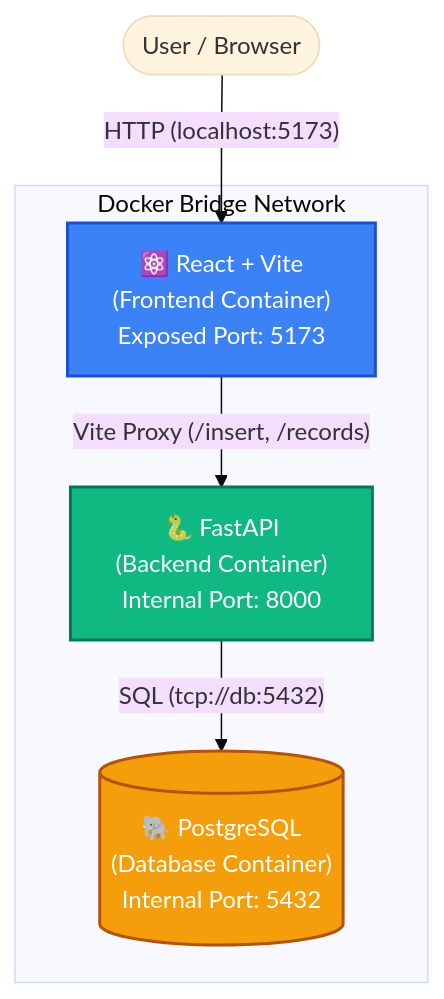
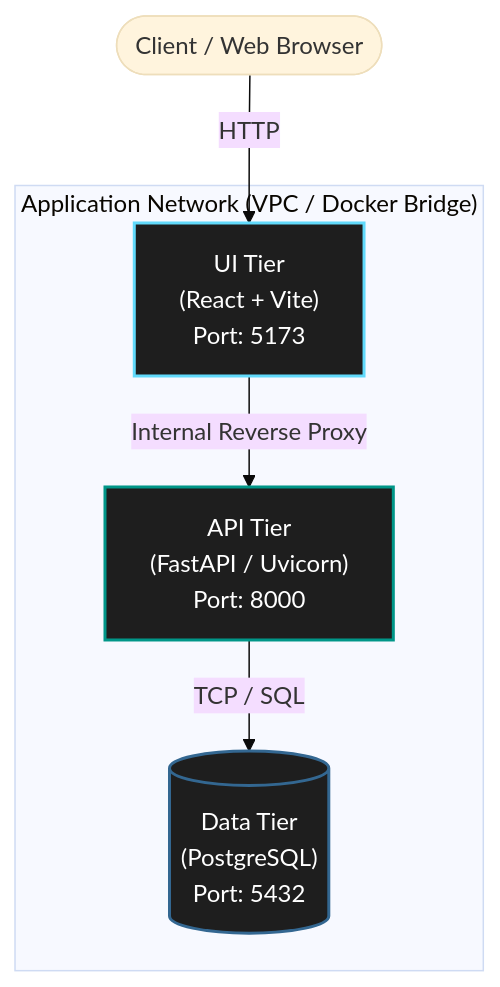
The diagram in README.md (umair363/Fargate-docker-deployment), drawn with Mermaid (base theme) before and after one commit. The commit also changed other lines of this file, not shown here.

````diff
--- a/README.md
+++ b/README.md
@@ -9,24 +17,24 @@
 ```mermaid
 graph TD
-    User([User / Browser])
+    Client([Client / Web Browser])
     
-    subgraph "Docker Bridge Network"
-        Frontend["⚛️ React + Vite<br/>(Frontend Container)<br/>Exposed Port: 5173"]
-        Backend["🐍 FastAPI<br/>(Backend Container)<br/>Internal Port: 8000"]
-        DB[("🐘 PostgreSQL<br/>(Database Container)<br/>Internal Port: 5432")]
+    subgraph "Application Network (VPC / Docker Bridge)"
+        Frontend["UI Tier<br/>(React + Vite)<br/>Port: 5173"]
+        Backend["API Tier<br/>(FastAPI / Uvicorn)<br/>Port: 8000"]
+        DB[("Data Tier<br/>(PostgreSQL)<br/>Port: 5432")]
     end
     
-    %% Connections
-    User -- "HTTP (localhost:5173)" --> Frontend
-    Frontend -- "Vite Proxy (/insert, /records)" --> Backend
-    Backend -- "SQL (tcp://db:5432)" --> DB
+    %% Traffic Flow
+    Client -- "HTTP" --> Frontend
+    Frontend -- "Internal Reverse Proxy" --> Backend
+    Backend -- "TCP / SQL" --> DB
     
     %% Styling
-    classDef frontend fill:#3b82f6,stroke:#1d4ed8,stroke-width:2px,color:white;
-    classDef backend fill:#10b981,stroke:#047857,stroke-width:2px,color:white;
-    classDef database fill:#f59e0b,stroke:#b45309,stroke-width:2px,color:white;
+    classDef frontend fill:#1e1e1e,stroke:#61DAFB,stroke-width:2px,color:white;
+    classDef backend fill:#1e1e1e,stroke:#009688,stroke-width:2px,color:white;
+    classDef database fill:#1e1e1e,stroke:#336791,stroke-width:2px,color:white;
     
     class Frontend frontend;
     class Backend backend;
     class DB database;
 ```
````
